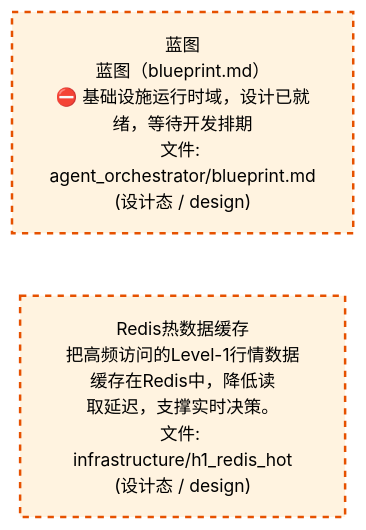
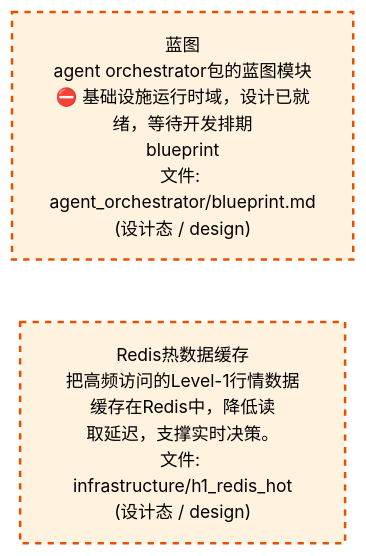
Before and after one commit to xuanFelixVan/ZephyrAlpha: the third of 4 diagrams in docs/02_enterprise_architecture/02_domain_architecture_docs/06_d_infra_runtime.md, drawn with Mermaid. The commit also changed other lines of this file and 58 other files, not shown here.

````diff
--- a/docs/02_enterprise_architecture/02_domain_architecture_docs/06_d_infra_runtime.md
+++ b/docs/02_enterprise_architecture/02_domain_architecture_docs/06_d_infra_runtime.md
@@ -1082,12 +1080,12 @@
 ```mermaid
 %%{init: {'theme': 'base', 'themeVariables': {'primaryColor': '#eaeaea', 'primaryTextColor': '#333333', 'primaryBorderColor': '#666666', 'lineColor': '#666666', 'secondaryColor': '#eaeaea', 'tertiaryColor': '#eaeaea', 'fontSize': '14px'}}}%%
 flowchart TD
-    docs_03_modules_cross_layer_agent_orchestrator_blueprint_md["蓝图<br/>蓝图（blueprint.md）<br/>⛔ 基础设施运行时域，设计已就绪，等待开发排期<br/>文件: agent_orchestrator/blueprint.md<br/>(设计态 / design)"]
+    docs_03_modules_cross_layer_agent_orchestrator_blueprint_md["蓝图<br/>agent orchestrator包的蓝图模块<br/>⛔ 基础设施运行时域，设计已就绪，等待开发排期<br/>blueprint<br/>文件: agent_orchestrator/blueprint.md<br/>(设计态 / design)"]
     src_zephyr_infrastructure_h1_redis_hot["Redis热数据缓存<br/>把高频访问的Level-1行情数据缓存在Redis中，降低读<br/>取延迟，支撑实时决策。<br/>文件: infrastructure/h1_redis_hot<br/>(设计态 / design)"]
     docs_03_modules_cross_layer_agent_orchestrator_blueprint_md ~~~ src_zephyr_infrastructure_h1_redis_hot
     classDef production fill:#e1f5fe,stroke:#01579b,stroke-width:2px,color:#000
     classDef design fill:#fff3e0,stroke:#e65100,stroke-width:2px,color:#000,stroke-dasharray: 5 5
     classDef external_prod fill:#e8f4fd,stroke:#0277bd,stroke-width:1px,color:#000
     classDef external_design fill:#fff8e7,stroke:#ef6c00,stroke-width:1px,color:#000,stroke-dasharray: 5 5
     class docs_03_modules_cross_layer_agent_orchestrator_blueprint_md,src_zephyr_infrastructure_h1_redis_hot design
 ```
````
